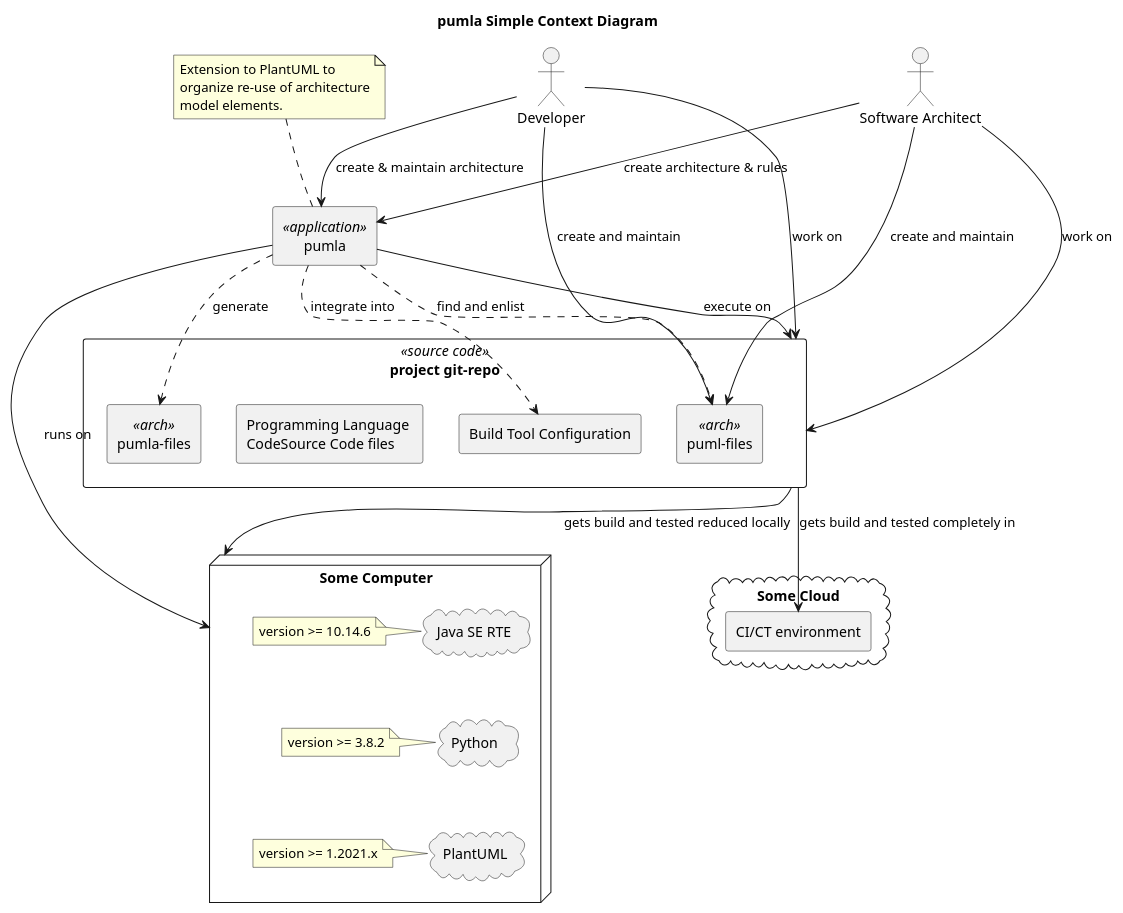
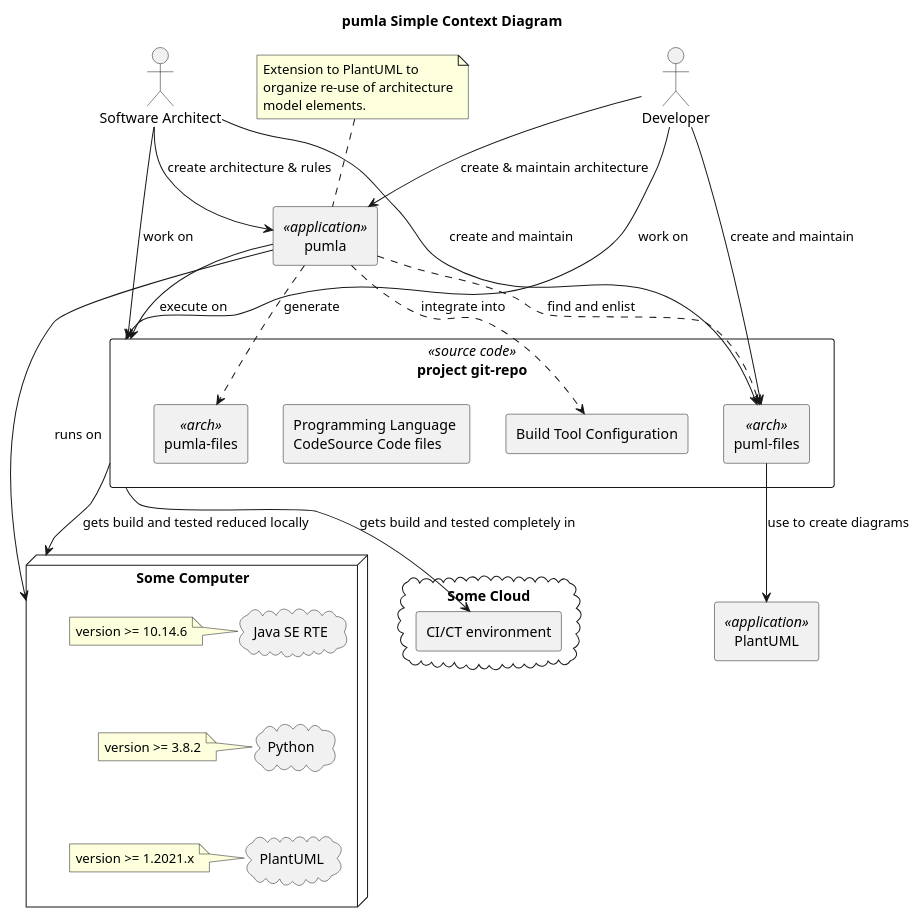
The diagram in arch/01_context/pumla_context.puml (DrMarkusVoss/pumla), drawn with PlantUML before and after one commit. The commit also changed 1 other file, not shown here.

Commit message:
added plantuml application in context diagram

```diff
--- a/arch/01_context/pumla_context.puml
+++ b/arch/01_context/pumla_context.puml
@@ -1,73 +1,76 @@
 @startuml
 
 skinparam componentStyle uml2
 
 title pumla Simple Context Diagram
 
 
 :Software Architect: as swac
 :Developer: as dev
 
 
 rectangle "pumla" <<application>> as pumla {
 
+}
+
+rectangle "PlantUML" <<application>> as plantuml {
 }
 
 rectangle "project git-repo" <<source code>> as pgr {
 rectangle "puml-files" <<arch>>  as pumlf {
 }
 rectangle "pumla-files" <<arch>> as pumlaf {
 }
 rectangle "Programming Language \nCodeSource Code files" {
 }
 rectangle "Build Tool Configuration" as btc {
 }
 }
 
 note top of pumla
     Extension to PlantUML to
     organize re-use of architecture
     model elements.
 end note
 
 
 node "Some Computer" as sco {
 cloud "Java SE RTE" as Java {
 }
  note left of Java : version >= 10.14.6
 
 cloud Python {
  }
  note left of Python: version >= 3.8.2
 
 cloud PlantUML as puml {
 
  }
  note left of puml: version >= 1.2021.x
 
 }
 
 cloud "Some Cloud" as cloud {
  rectangle "CI/CT environment" as cict {
  }
 }
 
 Java -[hidden]-> Python
 Python -[hidden]-> puml
 
 pumla -down-> sco: runs on
 
 swac-->pumla: create architecture & rules
 dev-->pumla: create & maintain architecture
 swac-->pgr: work on
 dev-->pgr: work on
 pumla --> pgr: execute on
 pumla ..> btc: integrate into
 pumla ..> pumlaf: generate
 pumla ..> pumlf: find and enlist
 dev --> pumlf : create and maintain
 swac --> pumlf: create and maintain
 pgr --> cict : gets build and tested completely in
 pgr --> sco : gets build and tested reduced locally
-
+pumlf --> plantuml: use to create diagrams
 @enduml
```
